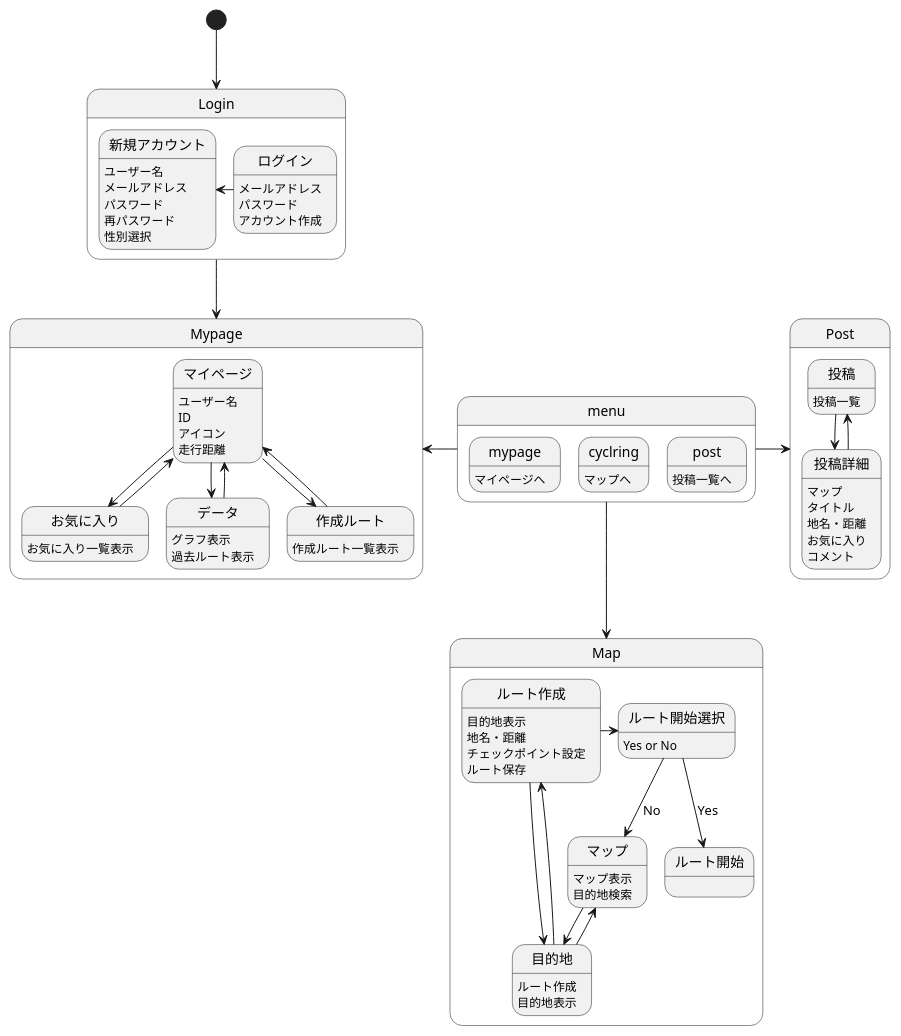
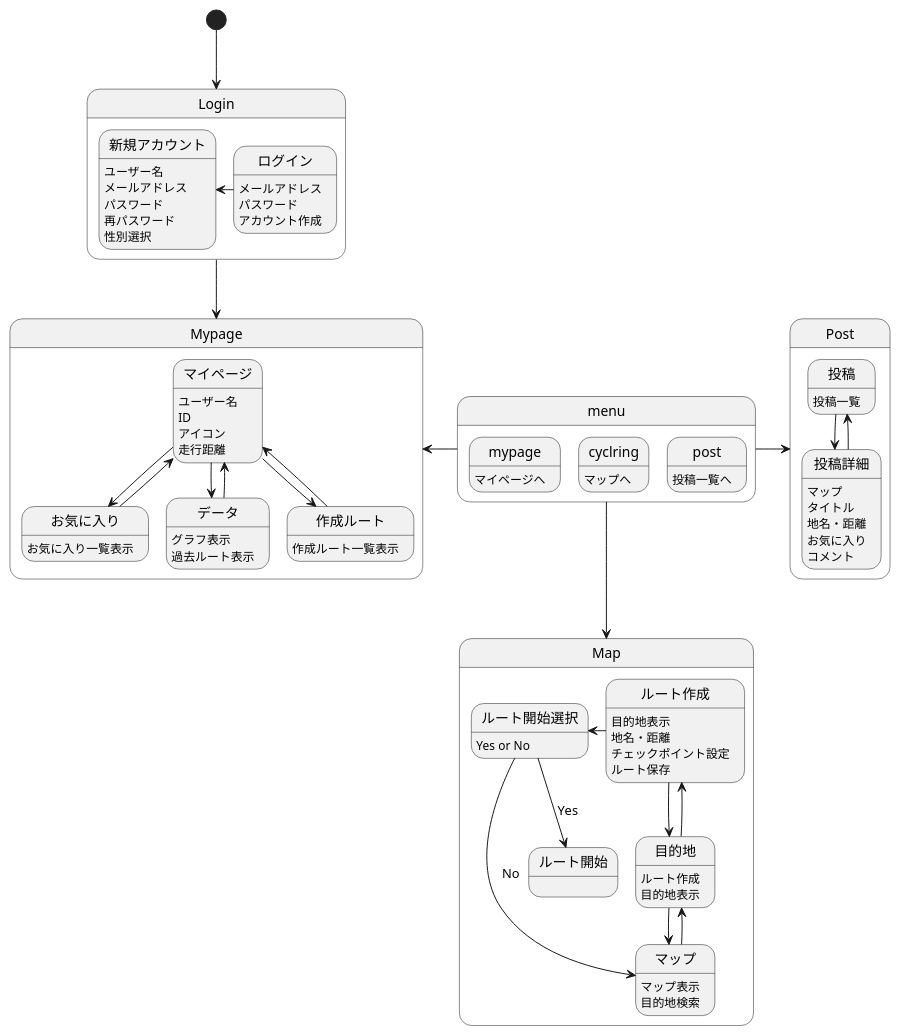
Before and after one commit to AsoSD3A3/CyclingSystem: the diagram in 画面遷移図/gm.md, drawn with PlantUML.

```diff
--- a/画面遷移図/gm.md
+++ b/画面遷移図/gm.md
@@ -60,7 +60,7 @@
 ルート作成:地名・距離
 ルート作成:チェックポイント設定
 ルート作成:ルート保存
-ルート作成-right->ルート開始選択
+ルート作成-left->ルート開始選択
 ルート開始選択:Yes or No
 ルート開始選択-->ルート開始 :Yes
 ルート開始選択-->マップ :No
```
